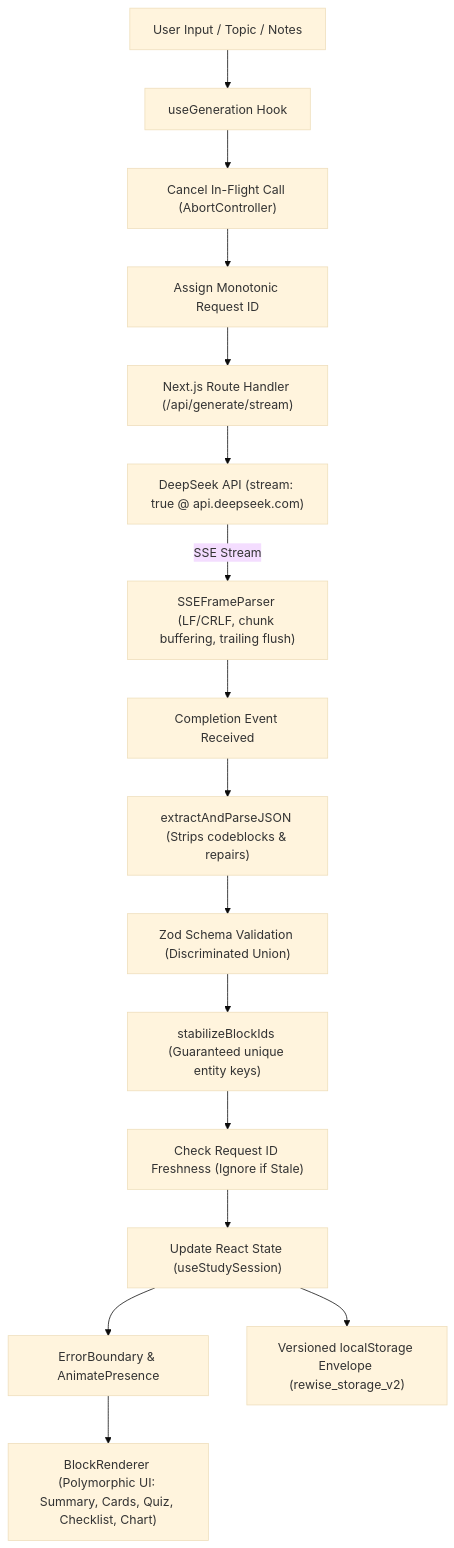
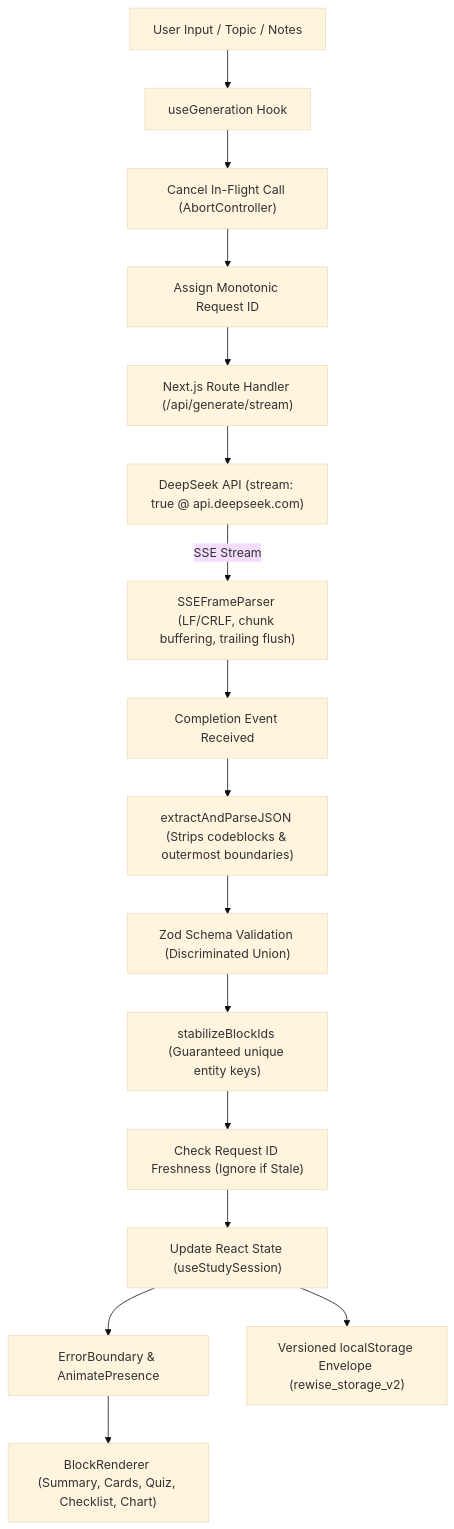
The diagram in README.md (lokender11101/Re-Wise), drawn with Mermaid (base theme) before and after one commit. The commit also changed other lines of this file and 10 other files, not shown here.

````diff
--- a/README.md
+++ b/README.md
@@ -77,18 +103,18 @@
 ```mermaid
 flowchart TD
     A["User Input / Topic / Notes"] --> B["useGeneration Hook"]
     B --> C["Cancel In-Flight Call (AbortController)"]
     C --> D["Assign Monotonic Request ID"]
     D --> E["Next.js Route Handler (/api/generate/stream)"]
     E --> F["DeepSeek API (stream: true @ api.deepseek.com)"]
     F -- SSE Stream --> G["SSEFrameParser (LF/CRLF, chunk buffering, trailing flush)"]
     G --> H["Completion Event Received"]
-    H --> I["extractAndParseJSON (Strips codeblocks & repairs)"]
+    H --> I["extractAndParseJSON (Strips codeblocks & outermost boundaries)"]
     I --> J["Zod Schema Validation (Discriminated Union)"]
     J --> K["stabilizeBlockIds (Guaranteed unique entity keys)"]
     K --> L["Check Request ID Freshness (Ignore if Stale)"]
     L --> M["Update React State (useStudySession)"]
     M --> N["ErrorBoundary & AnimatePresence"]
-    N --> O["BlockRenderer (Polymorphic UI: Summary, Cards, Quiz, Checklist, Chart)"]
+    N --> O["BlockRenderer (Summary, Cards, Quiz, Checklist, Chart)"]
     M --> P["Versioned localStorage Envelope (rewise_storage_v2)"]
 ```
````
